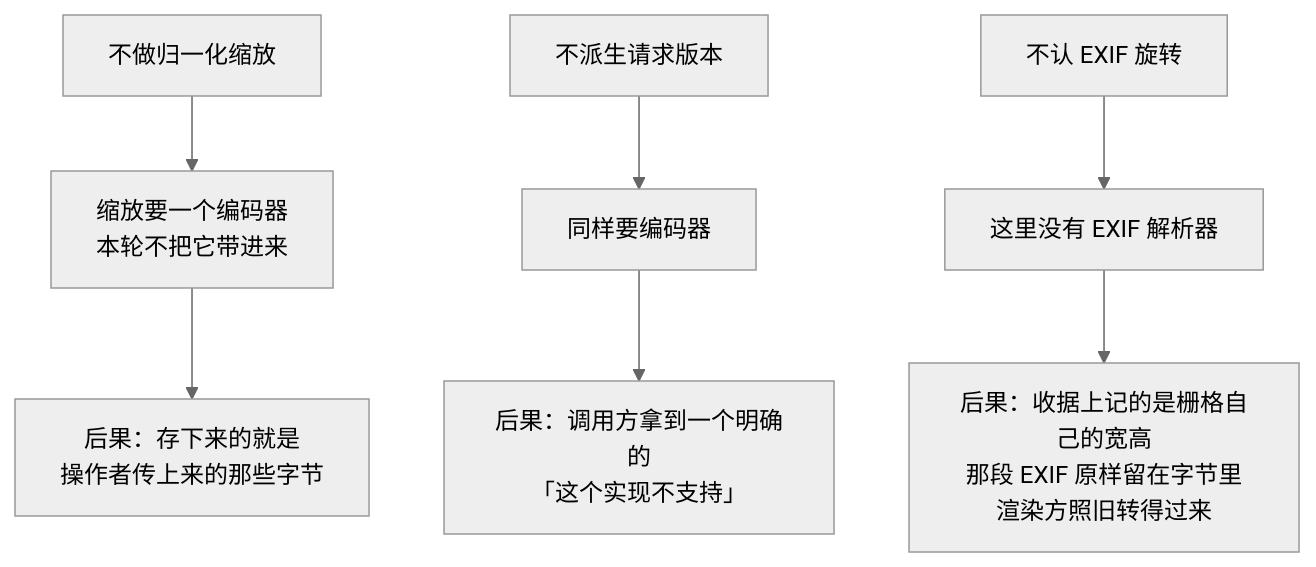
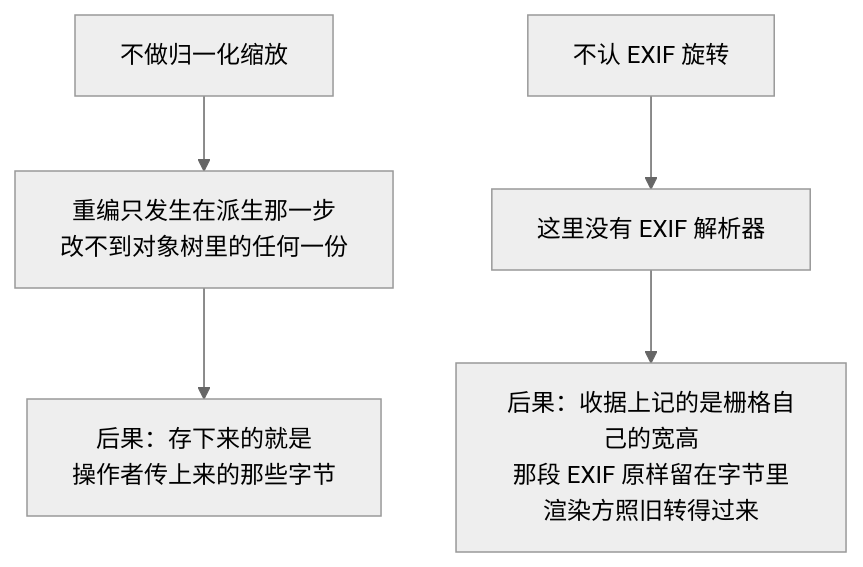
Diagram 23 of 29 in docs/modules/attachment.md (snight1983/ds-harness-go), drawn with Mermaid (neutral theme) before and after one commit. The commit also changed other lines of this file and 50 other files, not shown here.

First line of the commit message:
feat: 完善会话持久化、图片请求与工具防护

````diff
--- a/docs/modules/attachment.md
+++ b/docs/modules/attachment.md
@@ -290,9 +330,7 @@
 ```mermaid
 flowchart TD
-    N1["不做归一化缩放"] --> R1["缩放要一个编码器<br/>本轮不把它带进来"]
+    N1["不做归一化缩放"] --> R1["重编只发生在派生那一步<br/>改不到对象树里的任何一份"]
     R1 --> C1["后果：存下来的就是<br/>操作者传上来的那些字节"]
-    N2["不派生请求版本"] --> R2["同样要编码器"]
-    R2 --> C2["后果：调用方拿到一个明确的<br/>「这个实现不支持」"]
     N3["不认 EXIF 旋转"] --> R3["这里没有 EXIF 解析器"]
     R3 --> C3["后果：收据上记的是栅格自己的宽高<br/>那段 EXIF 原样留在字节里<br/>渲染方照旧转得过来"]
 ```
````
